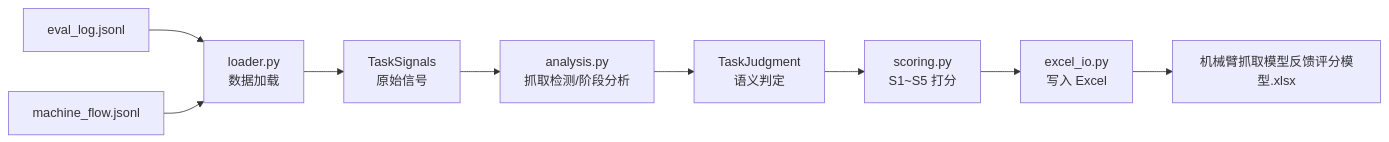
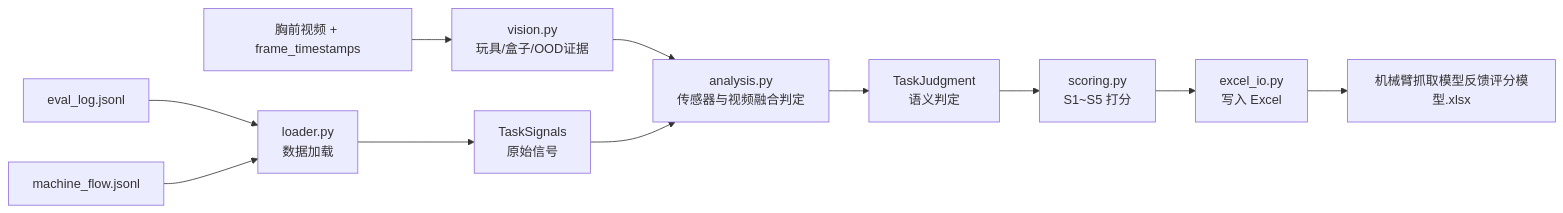
The diagram in README.md (liuyuan-1024/inference_scorer), drawn with Mermaid before and after one commit. The commit also changed other lines of this file and 13 other files, not shown here.

````diff
--- a/README.md
+++ b/README.md
@@ -73,11 +80,13 @@
 ```mermaid
 graph LR
     A[eval_log.jsonl] --> B[loader.py<br>数据加载]
     C[machine_flow.jsonl] --> B
     B --> D[TaskSignals<br>原始信号]
-    D --> E[analysis.py<br>抓取检测/阶段分析]
+    V[胸前视频 + frame_timestamps] --> X[vision.py<br>玩具/盒子/OOD证据]
+    X --> E
+    D --> E[analysis.py<br>传感器与视频融合判定]
     E --> F[TaskJudgment<br>语义判定]
     F --> G[scoring.py<br>S1~S5 打分]
     G --> H[excel_io.py<br>写入 Excel]
     H --> I[机械臂抓取模型反馈评分模型.xlsx]
 ```
````
